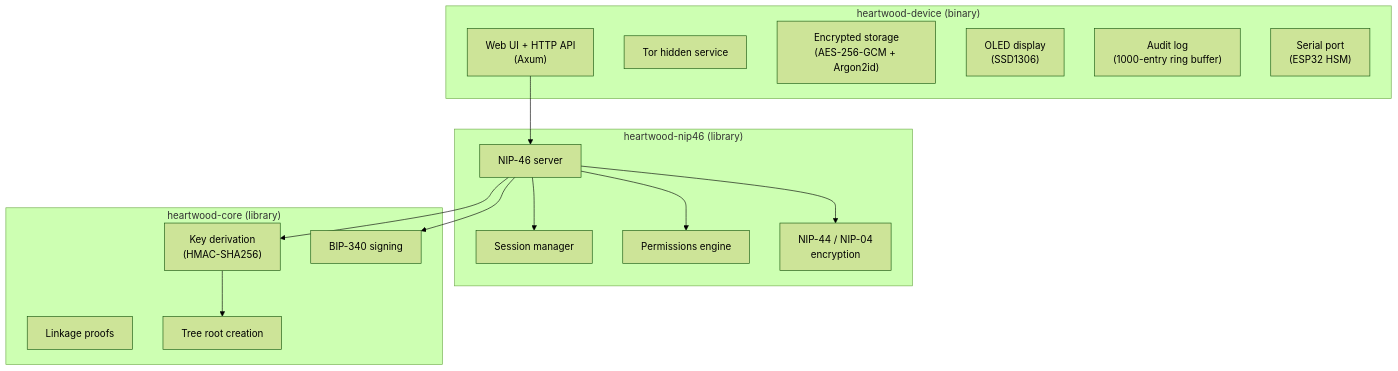
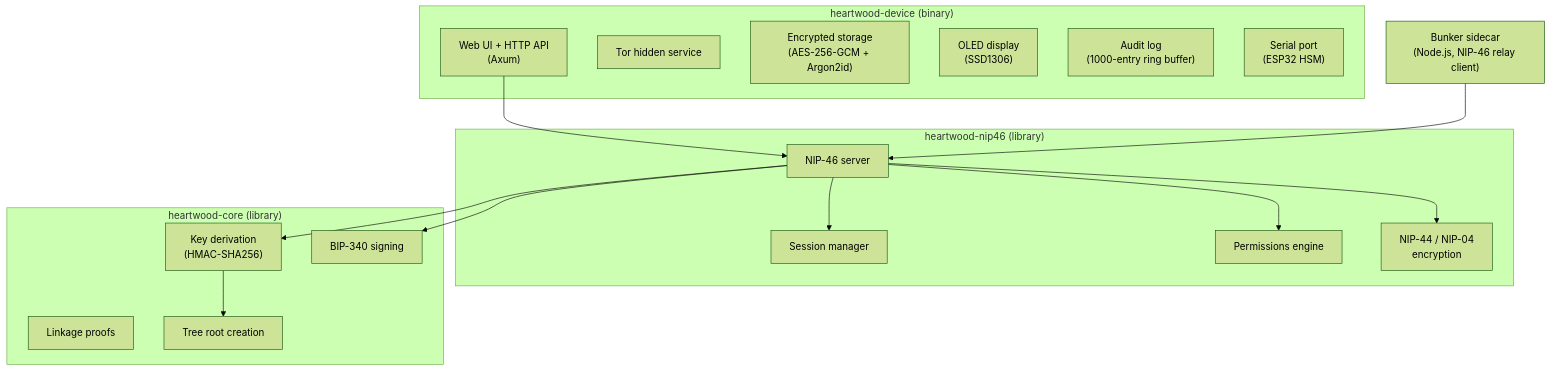
The diagram in ARCHITECTURE.md (forgesworn/heartwood), drawn with Mermaid (forest theme) before and after one commit. The commit also changed other lines of this file, not shown here.

First line of the commit message:
docs: add bunker sidecar to architecture documentation

````diff
--- a/ARCHITECTURE.md
+++ b/ARCHITECTURE.md
@@ -11,33 +13,35 @@
 ```mermaid
 graph TB
     subgraph "heartwood-device (binary)"
         WEB["Web UI + HTTP API<br/>(Axum)"]
         TOR["Tor hidden service"]
         STORE["Encrypted storage<br/>(AES-256-GCM + Argon2id)"]
         OLED["OLED display<br/>(SSD1306)"]
         AUDIT["Audit log<br/>(1000-entry ring buffer)"]
         SERIAL["Serial port<br/>(ESP32 HSM)"]
     end
 
     subgraph "heartwood-nip46 (library)"
         SERVER["NIP-46 server"]
         SESS["Session manager"]
         PERMS["Permissions engine"]
         ENC["NIP-44 / NIP-04<br/>encryption"]
     end
 
     subgraph "heartwood-core (library)"
         DERIVE["Key derivation<br/>(HMAC-SHA256)"]
         SIGN["BIP-340 signing"]
         PROOF["Linkage proofs"]
         ROOT["Tree root creation"]
     end
 
     WEB --> SERVER
     SERVER --> SESS
     SERVER --> PERMS
     SERVER --> ENC
     SERVER --> SIGN
     SERVER --> DERIVE
     DERIVE --> ROOT
+
+    BUNKER["Bunker sidecar<br/>(Node.js, NIP-46 relay client)"] --> SERVER
 ```
````
